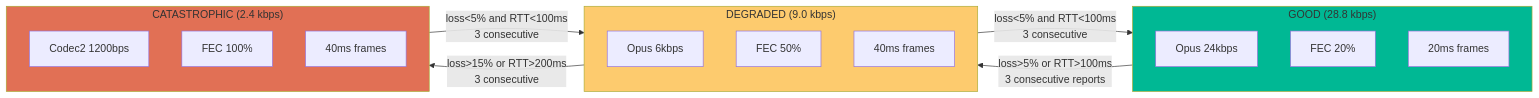
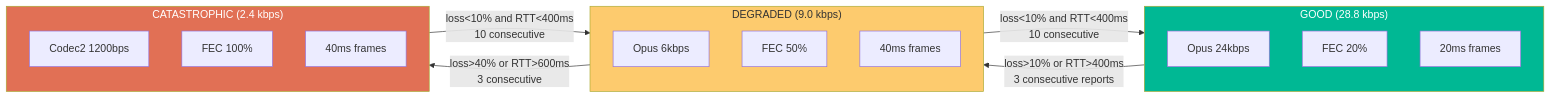
Before and after one commit to manawenuz/wzp: diagram 12 of 19 in docs/ARCHITECTURE.md, drawn with Mermaid. The commit also changed other lines of this file and 3 other files, not shown here.

First line of the commit message:
docs: comprehensive documentation — design, architecture, admin, user guide

````diff
--- a/docs/ARCHITECTURE.md
+++ b/docs/ARCHITECTURE.md
@@ -161,29 +545,29 @@
 ```mermaid
 graph LR
     subgraph GOOD ["GOOD (28.8 kbps)"]
         G_C[Opus 24kbps]
         G_F[FEC 20%]
         G_FR[20ms frames]
     end
 
     subgraph DEGRADED ["DEGRADED (9.0 kbps)"]
         D_C[Opus 6kbps]
         D_F[FEC 50%]
         D_FR[40ms frames]
     end
 
     subgraph CATASTROPHIC ["CATASTROPHIC (2.4 kbps)"]
         C_C[Codec2 1200bps]
         C_F[FEC 100%]
         C_FR[40ms frames]
     end
 
-    GOOD -->|"loss>5% or RTT>100ms<br/>3 consecutive reports"| DEGRADED
-    DEGRADED -->|"loss>15% or RTT>200ms<br/>3 consecutive"| CATASTROPHIC
-    CATASTROPHIC -->|"loss<5% and RTT<100ms<br/>3 consecutive"| DEGRADED
-    DEGRADED -->|"loss<5% and RTT<100ms<br/>3 consecutive"| GOOD
+    GOOD -->|"loss>10% or RTT>400ms<br/>3 consecutive reports"| DEGRADED
+    DEGRADED -->|"loss>40% or RTT>600ms<br/>3 consecutive"| CATASTROPHIC
+    CATASTROPHIC -->|"loss<10% and RTT<400ms<br/>10 consecutive"| DEGRADED
+    DEGRADED -->|"loss<10% and RTT<400ms<br/>10 consecutive"| GOOD
 
-    style GOOD fill:#00b894
+    style GOOD fill:#00b894,color:#fff
     style DEGRADED fill:#fdcb6e
-    style CATASTROPHIC fill:#e17055
+    style CATASTROPHIC fill:#e17055,color:#fff
 ```
````
